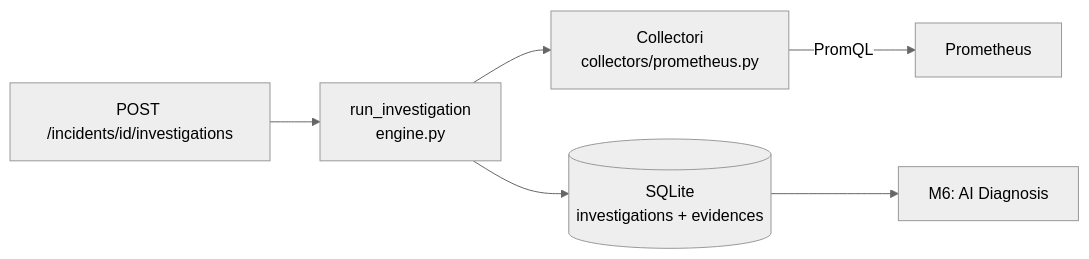
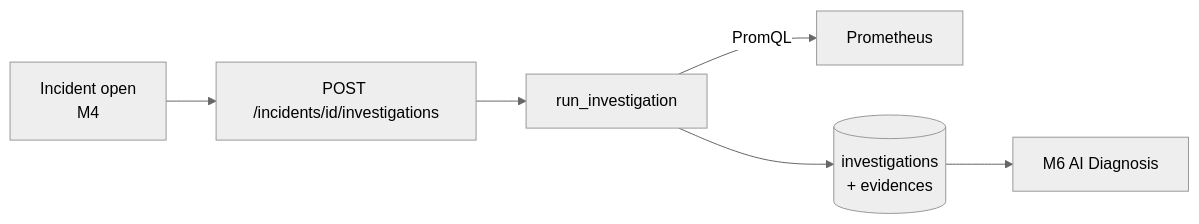
One commit to mihai-minascurta/NetOps-Sentinel changed the diagram in incident_manager/investigation/investigation_README.md. Above: the diagram before and after it, drawn with Mermaid (neutral theme). The commit also changed other lines of this file and 3 other files, not shown here.

````diff
--- a/incident_manager/investigation/investigation_README.md
+++ b/incident_manager/investigation/investigation_README.md
@@ -14,8 +19,8 @@
 ```mermaid
 flowchart LR
-    API[POST /incidents/id/investigations] --> ENG[run_investigation<br/>engine.py]
-    ENG --> COL[Collectori<br/>collectors/prometheus.py]
-    COL -->|PromQL| P[Prometheus]
-    ENG --> DB[(SQLite<br/>investigations + evidences)]
-    DB --> AI[M6: AI Diagnosis]
+    A[Incident open<br/>M4] --> B[POST /incidents/id/investigations]
+    B --> C[run_investigation]
+    C -->|PromQL| P[Prometheus]
+    C --> D[(investigations<br/>+ evidences)]
+    D --> E[M6 AI Diagnosis]
 ```
````
